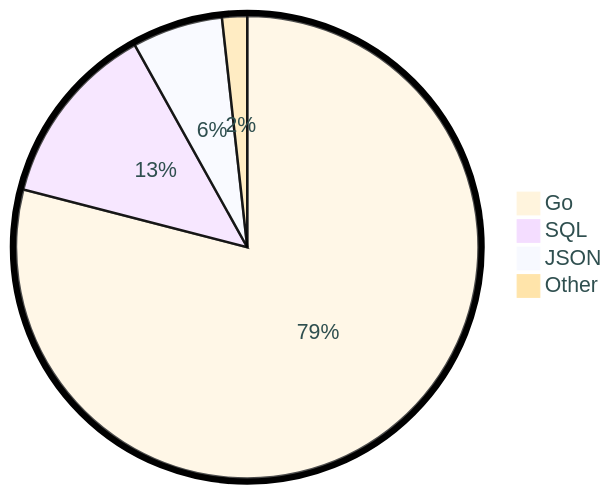
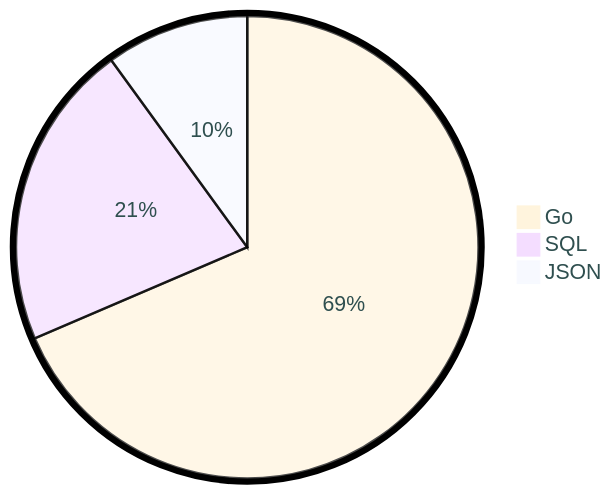
Before and after one commit to tot0p/tot0p: the diagram in README.md, drawn with Mermaid. The commit also changed other lines of this file, not shown here.

````diff
--- a/README.md
+++ b/README.md
@@ -120,8 +115,7 @@
 ```mermaid
 %%{init: {"pie": {"textPosition": 0.5}, "themeVariables": {"pieOuterStrokeWidth": "5px","primaryTextColor" : "#2F4F4F"},"theme":"base"} }%%
 pie
-	"Go": 79.02
-	"SQL": 12.9
-	"JSON": 6.33
-	"Other": 1.75
+	"Go": 68.56
+	"SQL": 21.44
+	"JSON": 10.0
 ```
````
